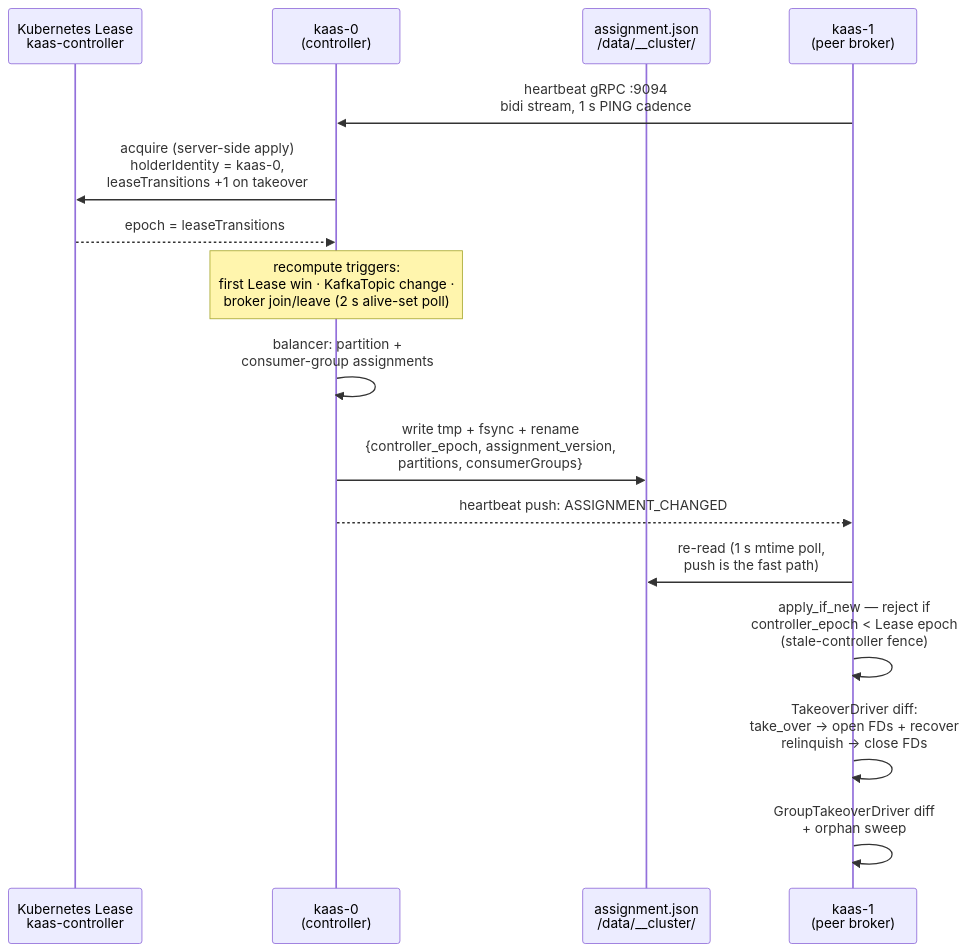
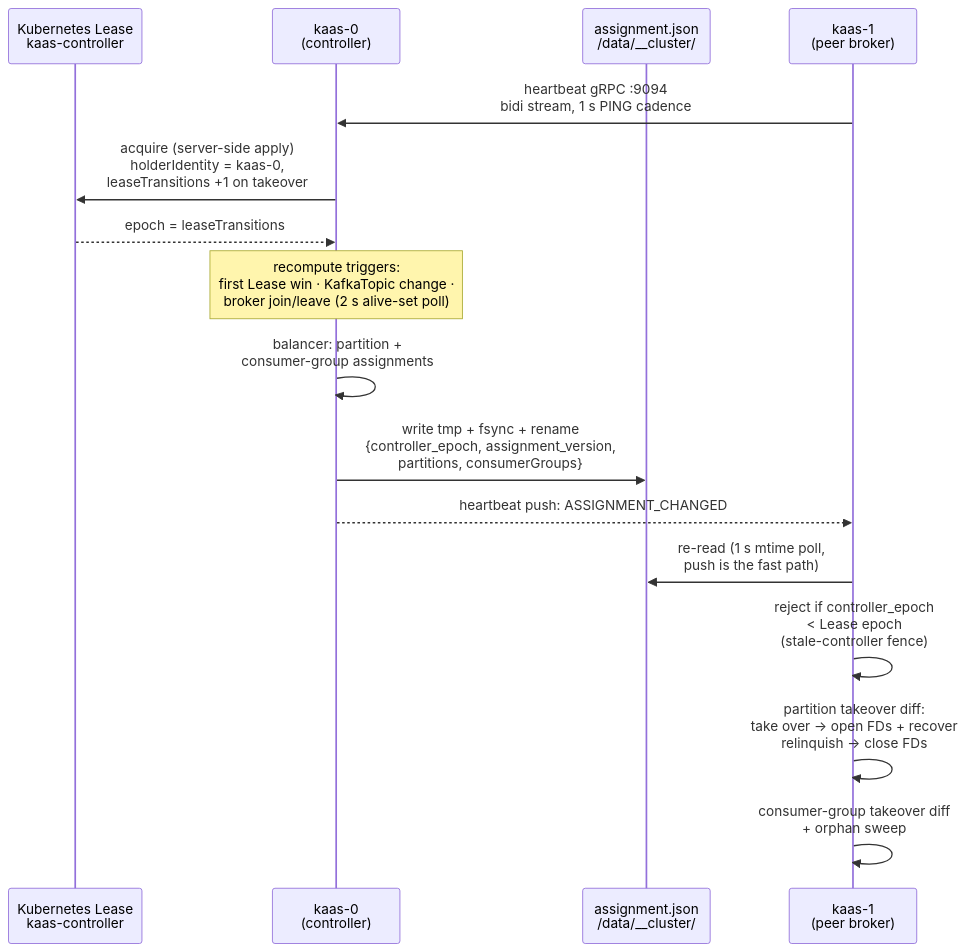
Before and after one commit to Woestebanaan/kaas: the diagram in docs/src/architecture/controller.md, drawn with Mermaid. The commit also changed other lines of this file and 35 other files, not shown here.

````diff
--- a/docs/src/architecture/controller.md
+++ b/docs/src/architecture/controller.md
@@ -11,19 +19,19 @@
 ```mermaid
 sequenceDiagram
     participant L as Kubernetes Lease<br/>kaas-controller
     participant C as kaas-0<br/>(controller)
     participant A as assignment.json<br/>/data/__cluster/
     participant B as kaas-1<br/>(peer broker)
 
     B->>C: heartbeat gRPC :9094<br/>bidi stream, 1 s PING cadence
     C->>L: acquire (server-side apply)<br/>holderIdentity = kaas-0,<br/>leaseTransitions +1 on takeover
     L-->>C: epoch = leaseTransitions
     Note over C: recompute triggers:<br/>first Lease win · KafkaTopic change ·<br/>broker join/leave (2 s alive-set poll)
     C->>C: balancer: partition +<br/>consumer-group assignments
     C->>A: write tmp + fsync + rename<br/>{controller_epoch, assignment_version,<br/>partitions, consumerGroups}
     C-->>B: heartbeat push: ASSIGNMENT_CHANGED
     B->>A: re-read (1 s mtime poll,<br/>push is the fast path)
-    B->>B: apply_if_new — reject if<br/>controller_epoch < Lease epoch<br/>(stale-controller fence)
-    B->>B: TakeoverDriver diff:<br/>take_over → open FDs + recover<br/>relinquish → close FDs
-    B->>B: GroupTakeoverDriver diff<br/>+ orphan sweep
+    B->>B: reject if controller_epoch<br/>< Lease epoch<br/>(stale-controller fence)
+    B->>B: partition takeover diff:<br/>take over → open FDs + recover<br/>relinquish → close FDs
+    B->>B: consumer-group takeover diff<br/>+ orphan sweep
 ```
````
